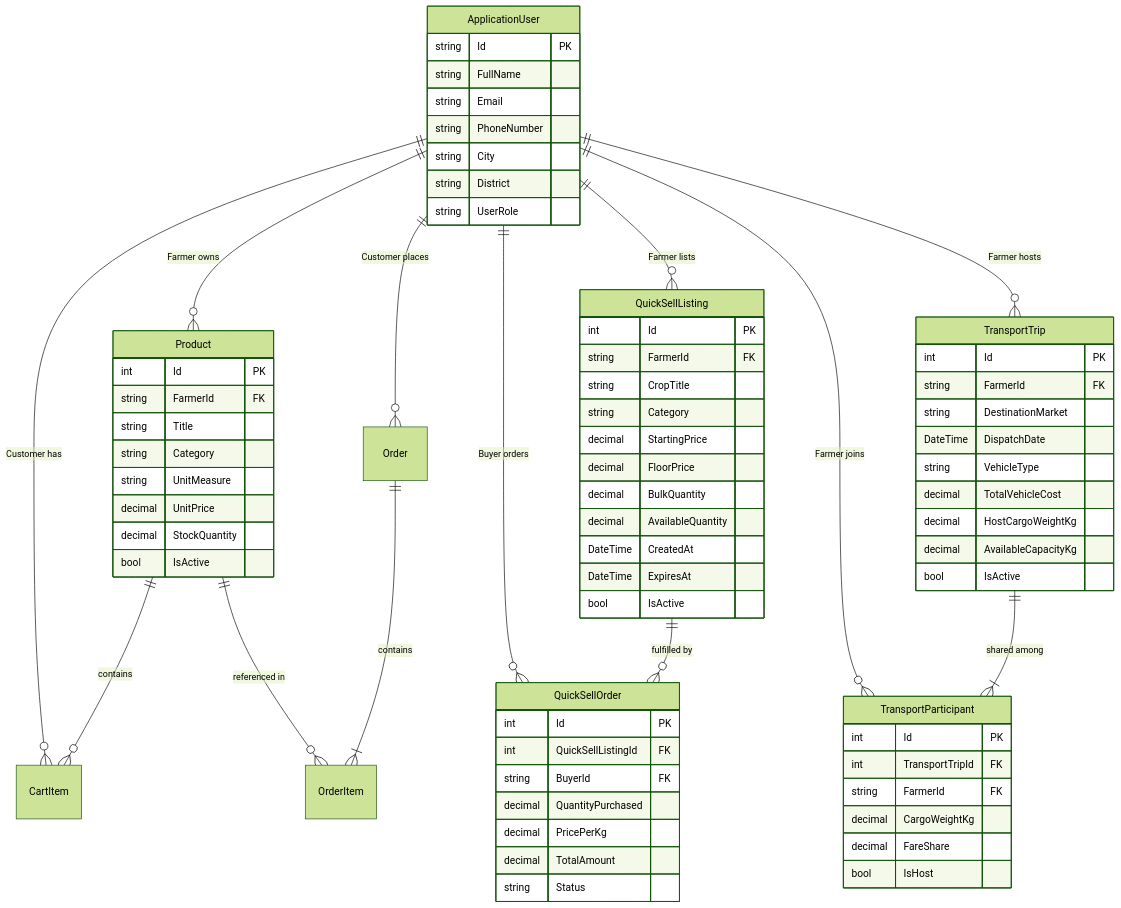
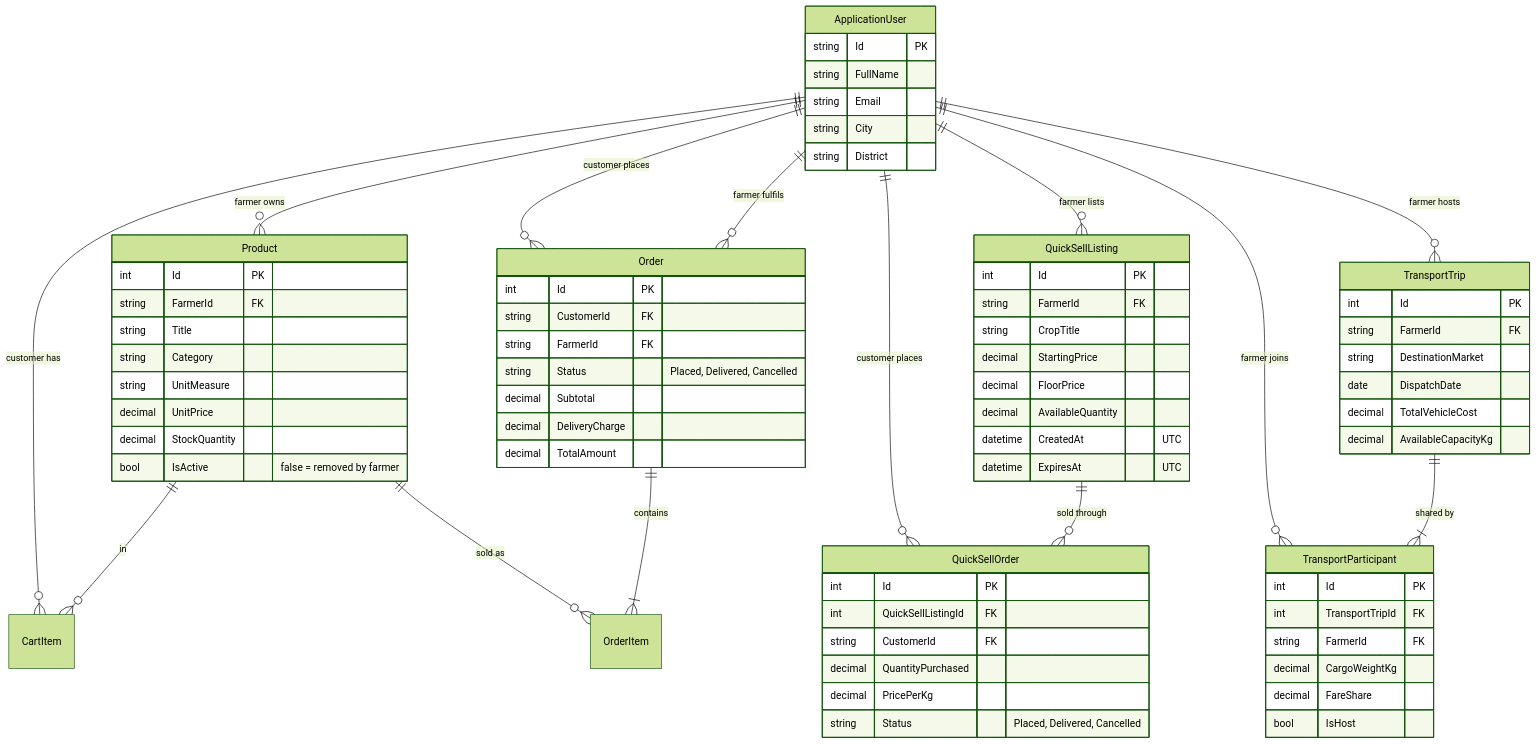
Before and after one commit to aaravv28/FarmGrid: the second of 2 diagrams in README.md, drawn with Mermaid (forest theme). The commit also changed other lines of this file, not shown here.

````diff
--- a/README.md
+++ b/README.md
@@ -159,28 +140,26 @@
 ```mermaid
 erDiagram
-    ApplicationUser ||--o{ Product : "Farmer owns"
-    ApplicationUser ||--o{ CartItem : "Customer has"
-    ApplicationUser ||--o{ Order : "Customer places"
-    ApplicationUser ||--o{ QuickSellListing : "Farmer lists"
-    ApplicationUser ||--o{ QuickSellOrder : "Buyer orders"
-    ApplicationUser ||--o{ TransportTrip : "Farmer hosts"
-    ApplicationUser ||--o{ TransportParticipant : "Farmer joins"
+    ApplicationUser ||--o{ Product : "farmer owns"
+    ApplicationUser ||--o{ QuickSellListing : "farmer lists"
+    ApplicationUser ||--o{ TransportTrip : "farmer hosts"
+    ApplicationUser ||--o{ TransportParticipant : "farmer joins"
+    ApplicationUser ||--o{ CartItem : "customer has"
+    ApplicationUser ||--o{ Order : "customer places"
+    ApplicationUser ||--o{ Order : "farmer fulfils"
+    ApplicationUser ||--o{ QuickSellOrder : "customer places"
 
-    Product ||--o{ CartItem : "contains"
-    Product ||--o{ OrderItem : "referenced in"
+    Product ||--o{ CartItem : "in"
+    Product ||--o{ OrderItem : "sold as"
     Order ||--|{ OrderItem : "contains"
-
-    QuickSellListing ||--o{ QuickSellOrder : "fulfilled by"
-    TransportTrip ||--|{ TransportParticipant : "shared among"
+    QuickSellListing ||--o{ QuickSellOrder : "sold through"
+    TransportTrip ||--|{ TransportParticipant : "shared by"
 
     ApplicationUser {
         string Id PK
         string FullName
         string Email
-        string PhoneNumber
         string City
         string District
-        string UserRole
     }
 
     Product {
@@ -191,43 +170,46 @@
         string UnitMeasure
         decimal UnitPrice
         decimal StockQuantity
-        bool IsActive
+        bool IsActive "false = removed by farmer"
+    }
+
+    Order {
+        int Id PK
+        string CustomerId FK
+        string FarmerId FK
+        string Status "Placed, Delivered, Cancelled"
+        decimal Subtotal
+        decimal DeliveryCharge
+        decimal TotalAmount
     }
 
     QuickSellListing {
         int Id PK
         string FarmerId FK
         string CropTitle
-        string Category
         decimal StartingPrice
         decimal FloorPrice
-        decimal BulkQuantity
         decimal AvailableQuantity
-        DateTime CreatedAt
-        DateTime ExpiresAt
-        bool IsActive
+        datetime CreatedAt "UTC"
+        datetime ExpiresAt "UTC"
     }
 
     QuickSellOrder {
         int Id PK
         int QuickSellListingId FK
-        string BuyerId FK
+        string CustomerId FK
         decimal QuantityPurchased
         decimal PricePerKg
-        decimal TotalAmount
-        string Status
+        string Status "Placed, Delivered, Cancelled"
     }
 
     TransportTrip {
         int Id PK
         string FarmerId FK
         string DestinationMarket
-        DateTime DispatchDate
-        string VehicleType
+        date DispatchDate
         decimal TotalVehicleCost
-        decimal HostCargoWeightKg
         decimal AvailableCapacityKg
-        bool IsActive
     }
 
     TransportParticipant {
````
